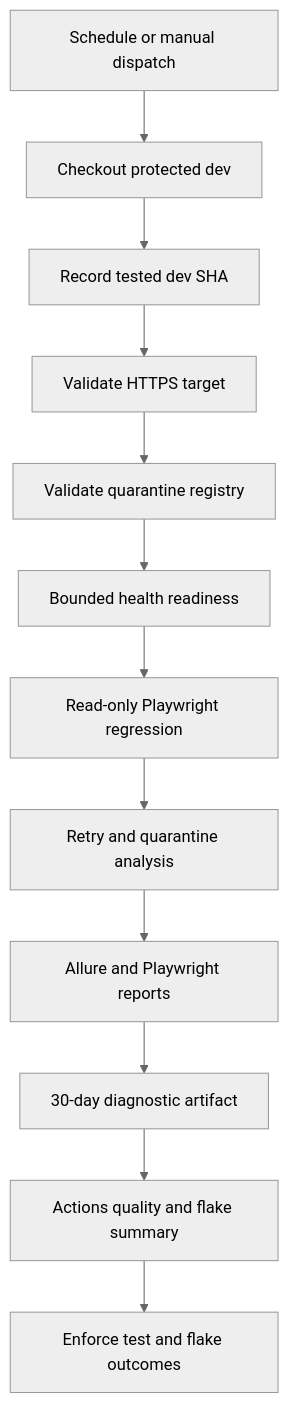
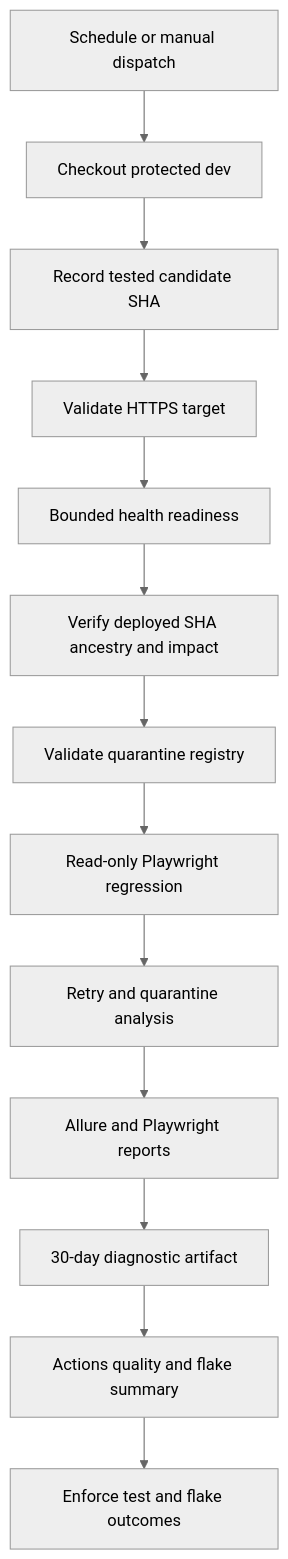
The diagram in docs/runbooks/nightly-dev-regression.md (Shaobangzhu/chaoran-property-intelligence), drawn with Mermaid (neutral theme) before and after one commit. The commit also changed other lines of this file and 17 other files, not shown here.

````diff
--- a/docs/runbooks/nightly-dev-regression.md
+++ b/docs/runbooks/nightly-dev-regression.md
@@ -44,14 +44,15 @@
 ```mermaid
 flowchart TD
     Trigger[Schedule or manual dispatch] --> Checkout[Checkout protected dev]
-    Checkout --> Identity[Record tested dev SHA]
-    Identity --> Config[Validate HTTPS target]
-    Config --> Policy[Validate quarantine registry]
-    Policy --> Ready[Bounded health readiness]
-    Ready --> Regression[Read-only Playwright regression]
+    Checkout --> Candidate[Record tested candidate SHA]
+    Candidate --> Config[Validate HTTPS target]
+    Config --> Ready[Bounded health readiness]
+    Ready --> Identity[Verify deployed SHA ancestry and impact]
+    Identity --> Policy[Validate quarantine registry]
+    Policy --> Regression[Read-only Playwright regression]
     Regression --> Analyze[Retry and quarantine analysis]
     Analyze --> Reports[Allure and Playwright reports]
     Reports --> Artifact[30-day diagnostic artifact]
     Artifact --> Summary[Actions quality and flake summary]
     Summary --> Gate[Enforce test and flake outcomes]
 ```
````
